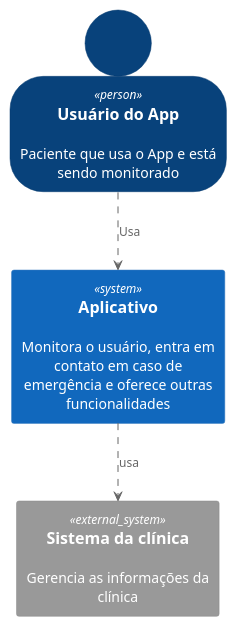
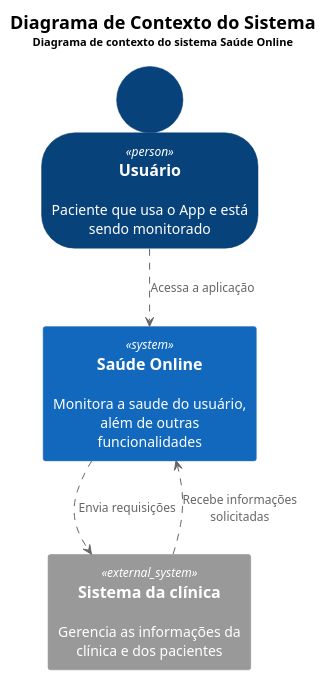
One commit to eliastolentinont/pa-ars-mba-igti changed the diagram in PlantUML/Projeto Aplicado - ARS - Contexto - V1.puml. Above: the diagram before and after it, drawn with PlantUML. The commit also changed 3 other files, not shown here.

```diff
--- a/PlantUML/Projeto Aplicado - ARS - Contexto - V1.puml
+++ b/PlantUML/Projeto Aplicado - ARS - Contexto - V1.puml
@@ -1,21 +1,16 @@
-@startuml SHOW_PERSON_PORTRAIT() Sample
+@startuml SHOW_PERSON_PORTRAIT() Saude Online - Contexto
 !include https://raw.githubusercontent.com/plantuml-stdlib/C4-PlantUML/master/C4_Container.puml
-'!include <archimate/Archimate>
-
 
 SHOW_PERSON_OUTLINE()
-'SHOW_PERSON_PORTRAIT()
-'LAYOUT_LEFT_RIGHT()
 
-Person(app_user, "Usuário do App", "Paciente que usa o App e está sendo monitorado")
-'System(web_app,"Aplicativo", "Monitora o usuário, entra em contato em caso de emergência e oferece outras funcionalidades")
-System(android_app,"Aplicativo", "Monitora o usuário, entra em contato em caso de emergência e oferece outras funcionalidades")
-'System(ios_app,"Aplicativo", "Monitora o usuário, entra em contato em caso de emergência e oferece outras funcionalidades")
-System_Ext(clinic_system,"Sistema da clínica", "Gerencia as informações da clínica")
-'Container(web_app, "Web Application", "C#, ASP.NET Core 2.1 MVC", "Allows users to compare multiple Twitter timelines")
+title <size:18>Diagrama de Contexto do Sistema</size>\n<size:11>Diagrama de contexto do sistema Saúde Online</size>
 
-'Rel(app_user, android_app, "Usa")
-app_user ..> android_app: Usa
-android_app ..> clinic_system: usa
+Person(app_user, "Usuário", "Paciente que usa o App e está sendo monitorado")
+System(app_system,"Saúde Online", "Monitora a saude do usuário, além de outras funcionalidades")
+'System(app_system,"Saúde Online", "Monitora o usuário, entra em contato em caso de emergência, além de outras funcionalidades")
+System_Ext(clinic_system,"Sistema da clínica", "Gerencia as informações da clínica e dos pacientes")
 
+app_user ..> app_system: Acessa a aplicação
+app_system ..> clinic_system: Envia requisições
+clinic_system ..> app_system: Recebe informações solicitadas 
 @enduml
```
